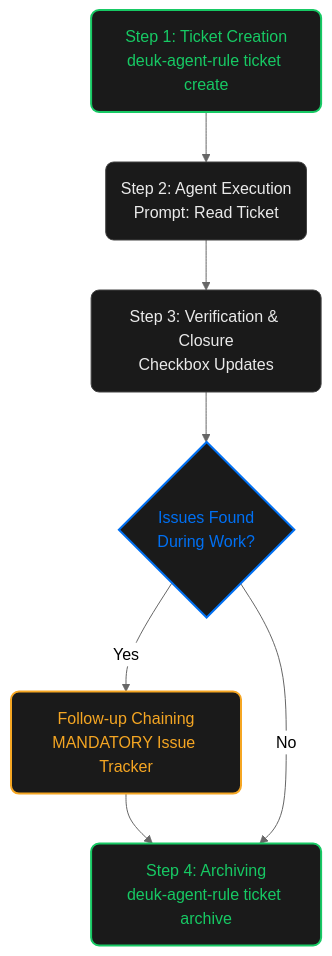
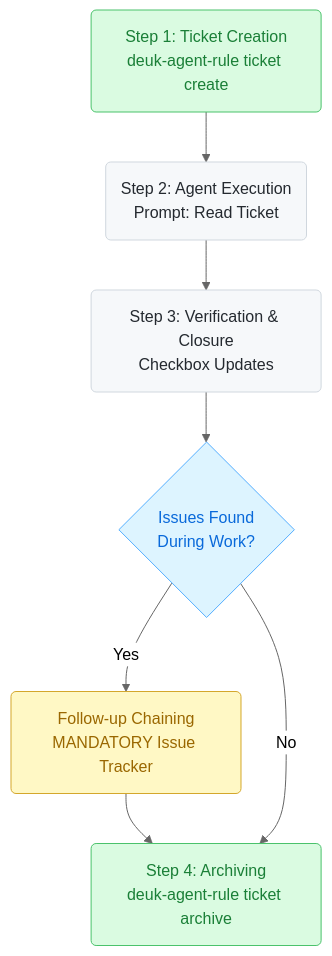
The diagram in README.ko.md (joygram/DeukAgentRules), drawn with Mermaid (neutral theme) before and after one commit. The commit also changed 1 other file, not shown here.

Commit message:
docs: redesign mermaid diagrams with industry standard github primer colors

````diff
--- a/README.ko.md
+++ b/README.ko.md
@@ -86,16 +86,16 @@
 ```mermaid
 graph TD
-    classDef phase fill:#1A1A1A,stroke:#444444,stroke-width:1px,color:#EAEAEA,rx:8px,ry:8px;
-    classDef decision fill:#1A1A1A,stroke:#0070F3,stroke-width:2px,color:#0070F3,rx:8px,ry:8px;
-    classDef action fill:#1A1A1A,stroke:#17C964,stroke-width:2px,color:#17C964,rx:8px,ry:8px;
-    classDef highlight fill:#1A1A1A,stroke:#F5A623,stroke-width:2px,color:#F5A623,rx:8px,ry:8px;
+    classDef phase fill:#f6f8fa,stroke:#d0d7de,color:#24292f;
+    classDef decision fill:#ddf4ff,stroke:#54aeff,color:#0969da;
+    classDef action fill:#dafbe1,stroke:#4ac26b,color:#1a7f37;
+    classDef highlight fill:#fff8c5,stroke:#d4a72c,color:#9a6700;
 
     A(Step 1: Ticket Creation<br>deuk-agent-rule ticket create):::action --> B(Step 2: Agent Execution<br>Prompt: Read Ticket):::phase
     B --> C(Step 3: Verification & Closure<br>Checkbox Updates):::phase
     
     C --> D{Issues Found<br>During Work?}:::decision
     
     D -->|Yes| E(Follow-up Chaining<br>MANDATORY Issue Tracker):::highlight
     E --> F(Step 4: Archiving<br>deuk-agent-rule ticket archive):::action
     D -->|No| F
 ```
````
